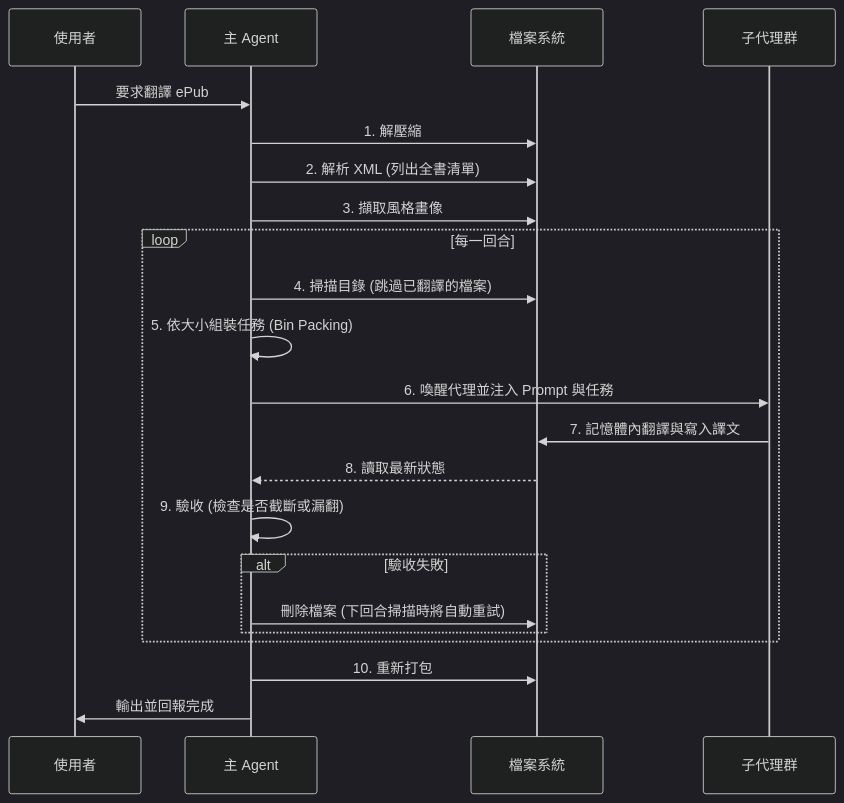
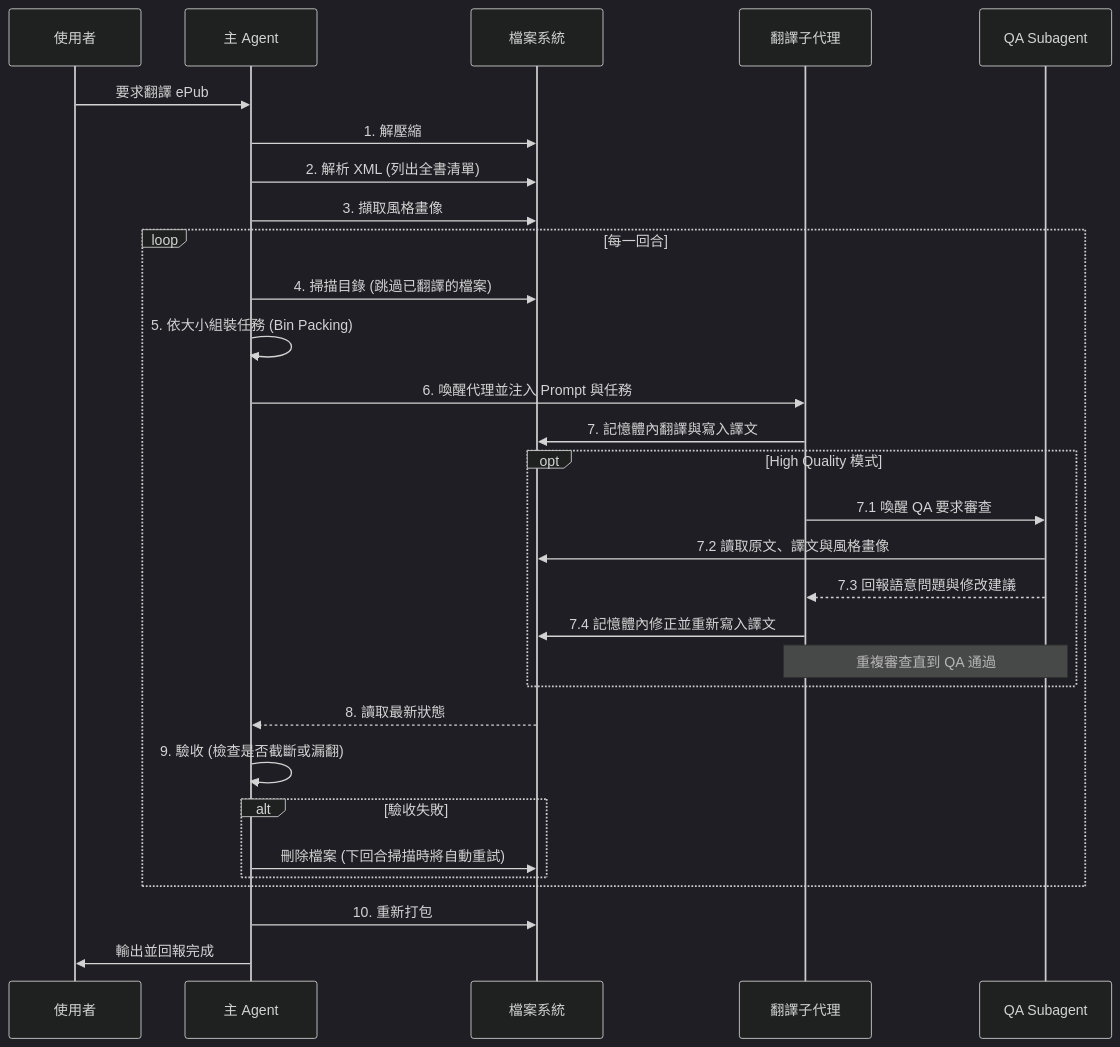
Before and after one commit to dlhdb/epub-translate-agy-skill: the second of 2 diagrams in .agents/skills/awesome-epub-translator/docs/TECHNICAL_DETAILS.md, drawn with Mermaid (dark theme). The commit also changed other lines of this file and 7 other files, not shown here.

Commit message:
docs: update docs for evaluator and high-quality mode, add test report

````diff
--- a/.agents/skills/awesome-epub-translator/docs/TECHNICAL_DETAILS.md
+++ b/.agents/skills/awesome-epub-translator/docs/TECHNICAL_DETAILS.md
@@ -46,27 +50,37 @@
 ```mermaid
 sequenceDiagram
     participant U as 使用者
     participant M as 主 Agent
     participant F as 檔案系統
-    participant S as 子代理群
+    participant S as 翻譯子代理
+    participant Q as QA Subagent
     
     U->>M: 要求翻譯 ePub
     M->>F: 1. 解壓縮
     M->>F: 2. 解析 XML (列出全書清單)
     M->>F: 3. 擷取風格畫像
     
     loop 每一回合
         M->>F: 4. 掃描目錄 (跳過已翻譯的檔案)
         M->>M: 5. 依大小組裝任務 (Bin Packing)
         M->>S: 6. 喚醒代理並注入 Prompt 與任務
         S->>F: 7. 記憶體內翻譯與寫入譯文
+        
+        opt High Quality 模式
+            S->>Q: 7.1 喚醒 QA 要求審查
+            Q->>F: 7.2 讀取原文、譯文與風格畫像
+            Q-->>S: 7.3 回報語意問題與修改建議
+            S->>F: 7.4 記憶體內修正並重新寫入譯文
+            Note over S, Q: 重複審查直到 QA 通過
+        end
+        
         F-->>M: 8. 讀取最新狀態
         M->>M: 9. 驗收 (檢查是否截斷或漏翻)
         alt 驗收失敗
             M->>F: 刪除檔案 (下回合掃描時將自動重試)
         end
     end
     
     M->>F: 10. 重新打包
     M->>U: 輸出並回報完成
 ```
````
